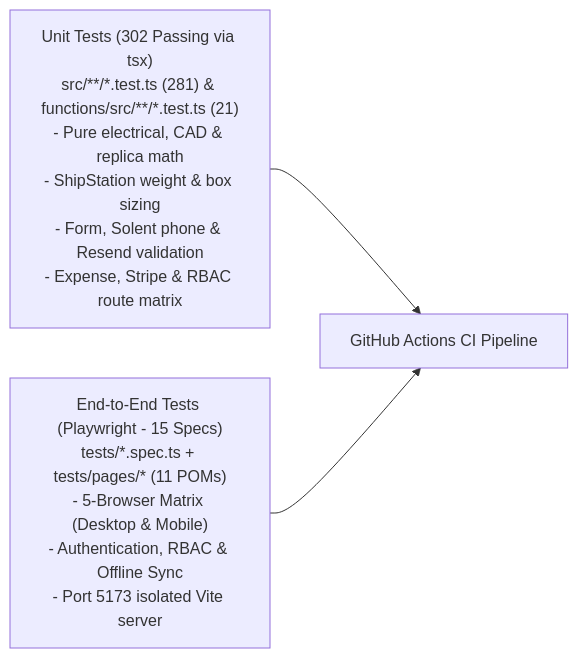
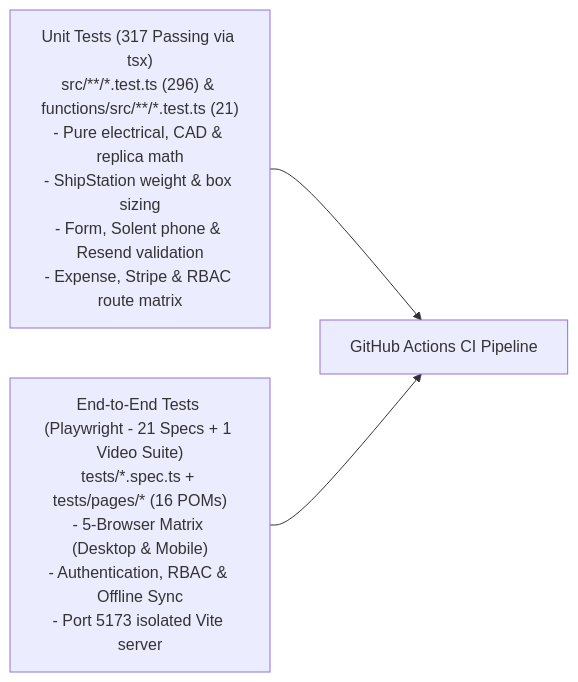
One commit to AnthonyWrather/ajwmes changed the second of 2 diagrams in README.md. Above: the diagram before and after it, drawn with Mermaid. The commit also changed other lines of this file and 9 other files, not shown here.

First line of the commit message:
docs: sync AI instructions, documentation metrics, and user journey roadmap (#63)

````diff
--- a/README.md
+++ b/README.md
@@ -109,8 +110,8 @@
 ```mermaid
 flowchart LR
-    Unit["Unit Tests (302 Passing via tsx)\nsrc/**/*.test.ts (281) & functions/src/**/*.test.ts (21)\n- Pure electrical, CAD & replica math\n- ShipStation weight & box sizing\n- Form, Solent phone & Resend validation\n- Expense, Stripe & RBAC route matrix"]
-    E2E["End-to-End Tests (Playwright - 15 Specs)\ntests/*.spec.ts + tests/pages/* (11 POMs)\n- 5-Browser Matrix (Desktop & Mobile)\n- Authentication, RBAC & Offline Sync\n- Port 5173 isolated Vite server"]
+    Unit["Unit Tests (317 Passing via tsx)\nsrc/**/*.test.ts (296) & functions/src/**/*.test.ts (21)\n- Pure electrical, CAD & replica math\n- ShipStation weight & box sizing\n- Form, Solent phone & Resend validation\n- Expense, Stripe & RBAC route matrix"]
+    E2E["End-to-End Tests (Playwright - 21 Specs + 1 Video Suite)\ntests/*.spec.ts + tests/pages/* (16 POMs)\n- 5-Browser Matrix (Desktop & Mobile)\n- Authentication, RBAC & Offline Sync\n- Port 5173 isolated Vite server"]
     
     Unit --> CI["GitHub Actions CI Pipeline"]
     E2E --> CI
 ```
````
